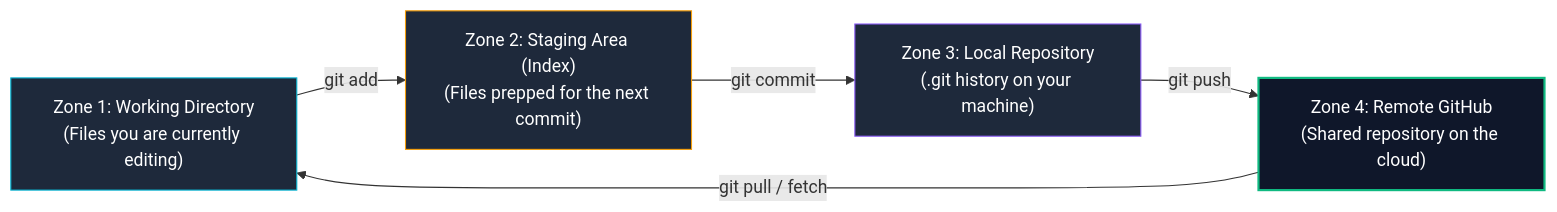
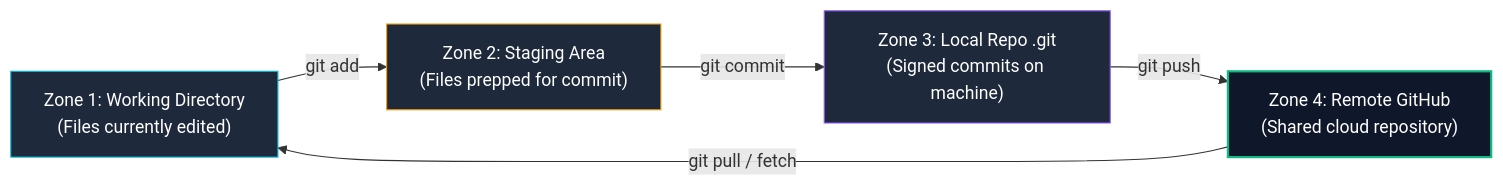
Before and after one commit to sivaoffl04/Cyber-Blog: the second of 3 diagrams in Blog/How_to_Use_GitHub_Securely_Complete_Guide.md, drawn with Mermaid. The commit also changed other lines of this file and 1 other file, not shown here.

Commit message:
Fix Mermaid diagram formatting and edge label syntax for GitHub native rendering

````diff
--- a/Blog/How_to_Use_GitHub_Securely_Complete_Guide.md
+++ b/Blog/How_to_Use_GitHub_Securely_Complete_Guide.md
@@ -75,14 +76,17 @@
 ```mermaid
 flowchart LR
-    Z1["Zone 1: Working Directory\n(Files you are currently editing)"]
-    -->|git add| Z2["Zone 2: Staging Area (Index)\n(Files prepped for the next commit)"]
-    -->|git commit| Z3["Zone 3: Local Repository\n(.git history on your machine)"]
-    -->|git push| Z4["Zone 4: Remote GitHub\n(Shared repository on the cloud)"]
+    Z1["Zone 1: Working Directory<br/>(Files currently edited)"]
+    Z2["Zone 2: Staging Area<br/>(Files prepped for commit)"]
+    Z3["Zone 3: Local Repo .git<br/>(Signed commits on machine)"]
+    Z4["Zone 4: Remote GitHub<br/>(Shared cloud repository)"]
 
-    Z4 -->|git pull / fetch| Z1
+    Z1 -->|"git add"| Z2
+    Z2 -->|"git commit"| Z3
+    Z3 -->|"git push"| Z4
+    Z4 -->|"git pull / fetch"| Z1
 
     style Z1 fill:#1e293b,stroke:#06b6d4,color:#fff
     style Z2 fill:#1e293b,stroke:#f59e0b,color:#fff
     style Z3 fill:#1e293b,stroke:#8b5cf6,color:#fff
     style Z4 fill:#0f172a,stroke:#10b981,stroke-width:2px,color:#fff
 ```
````
